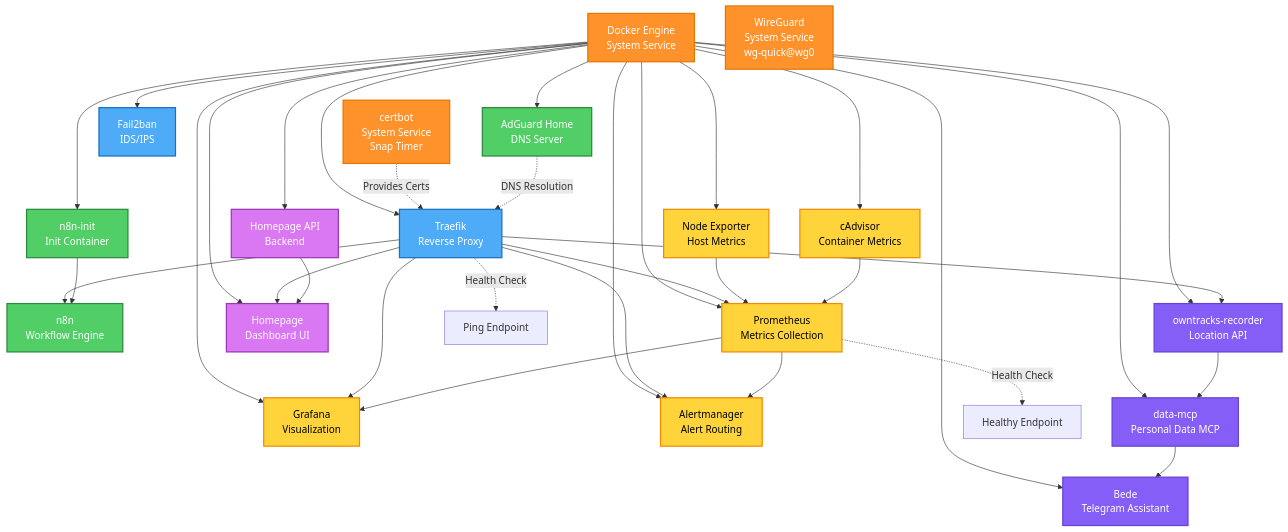
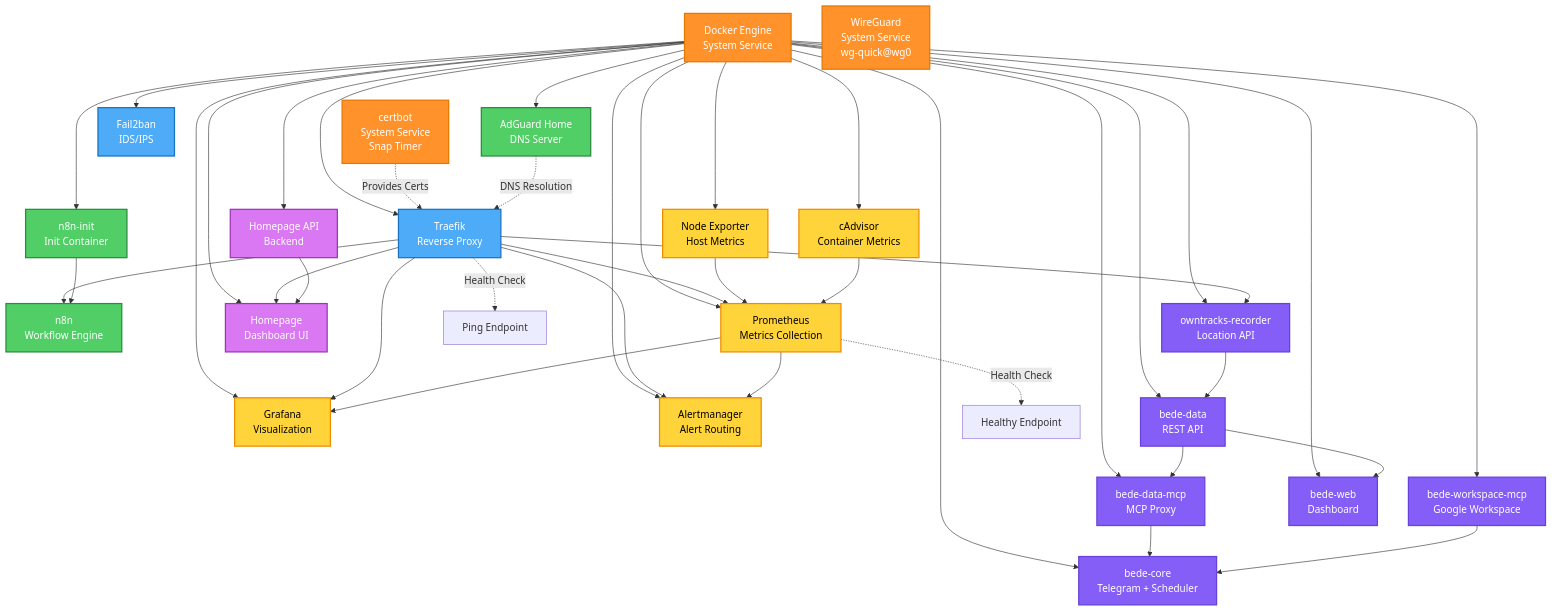
Before and after one commit to josephradford/home-server-stack: the third of 5 diagrams in ARCHITECTURE.md, drawn with Mermaid. The commit also changed other lines of this file and 17 other files, not shown here.

````diff
--- a/ARCHITECTURE.md
+++ b/ARCHITECTURE.md
@@ -357,10 +371,16 @@
     Dashboard UI"]
 
     %% AI / data / location services
-    Bede["Bede
-    Telegram Assistant"]
-    DataMCP["data-mcp
-    Personal Data MCP"]
+    BedeCore["bede-core
+    Telegram + Scheduler"]
+    BedeData["bede-data
+    REST API"]
+    DataMCP["bede-data-mcp
+    MCP Proxy"]
+    WorkspaceMCP["bede-workspace-mcp
+    Google Workspace"]
+    BedeWeb["bede-web
+    Dashboard"]
     OwnTracks["owntracks-recorder
     Location API"]
     %% Dependencies
@@ -375,8 +395,11 @@
     Docker --> Alertmanager
     Docker --> HomepageAPI
     Docker --> Homepage
-    Docker --> Bede
+    Docker --> BedeCore
+    Docker --> BedeData
     Docker --> DataMCP
+    Docker --> WorkspaceMCP
+    Docker --> BedeWeb
     Docker --> OwnTracks
 
     Traefik --> N8N
@@ -394,8 +417,11 @@
     Prometheus --> Alertmanager
 
     HomepageAPI --> Homepage
-    OwnTracks --> DataMCP
-    DataMCP --> Bede
+    OwnTracks --> BedeData
+    BedeData --> DataMCP
+    BedeData --> BedeWeb
+    DataMCP --> BedeCore
+    WorkspaceMCP --> BedeCore
 
     Certbot -.->|Provides Certs| Traefik
     AdGuard -.->|DNS Resolution| Traefik
@@ -416,5 +442,5 @@
     class AdGuard,N8NInit,N8N core
     class Prometheus,NodeExporter,CAdvisor,Grafana,Alertmanager monitoring
     class HomepageAPI,Homepage dashboard
-    class Bede,DataMCP,OwnTracks ai
+    class BedeCore,BedeData,DataMCP,WorkspaceMCP,BedeWeb,OwnTracks ai
 ```
````
